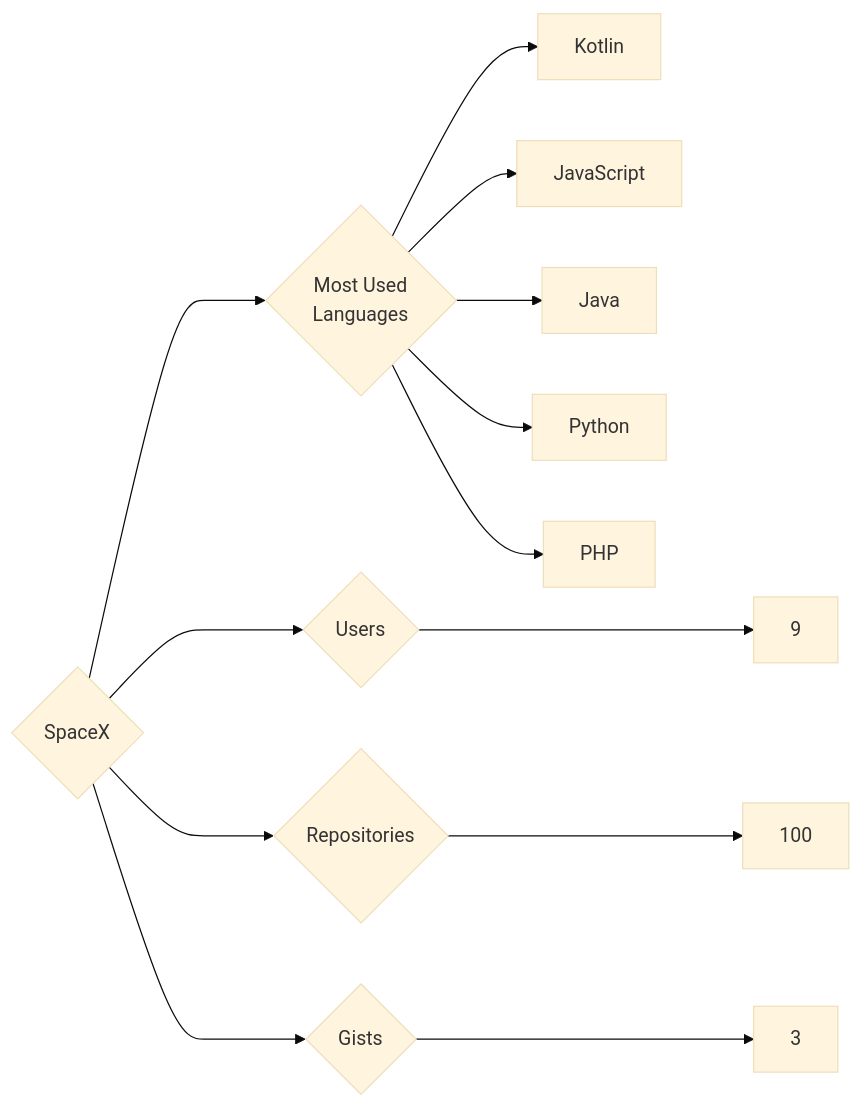
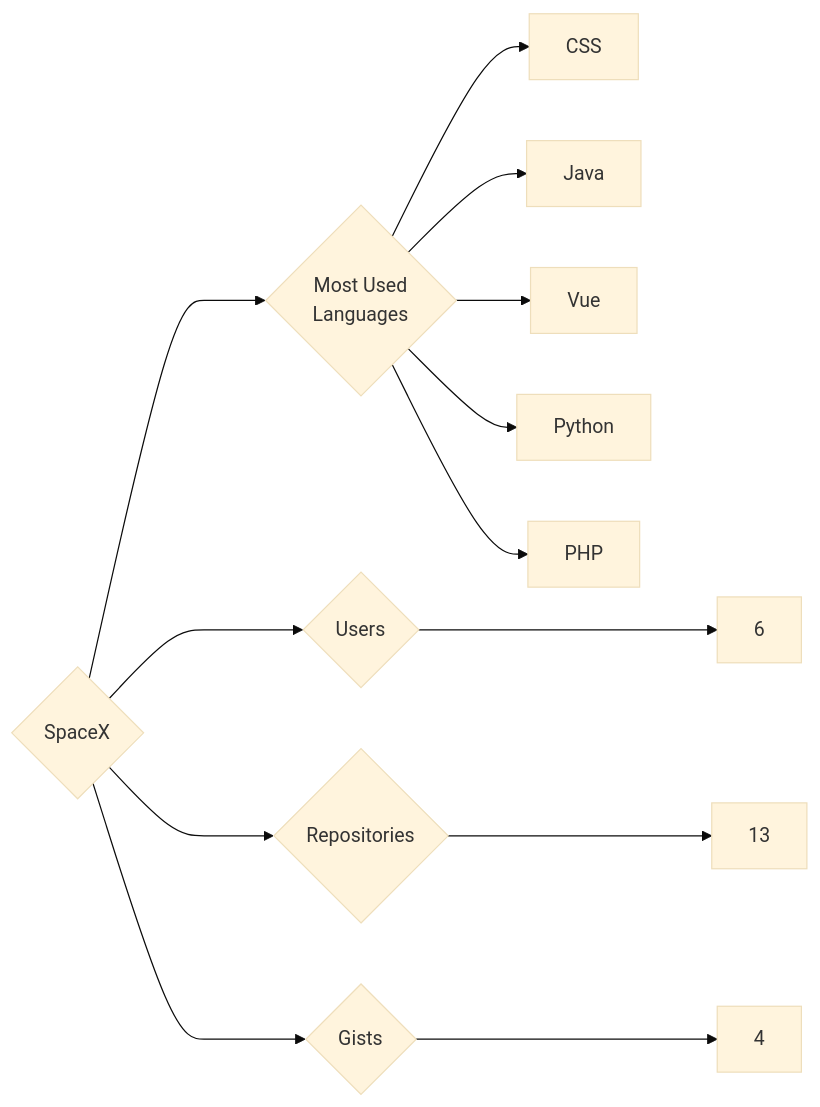
The diagram in targets/SpaceX/README.md (trickest/insiders), drawn with Mermaid (base theme) before and after one commit. The commit also changed 1496 other files, not shown here.

````diff
--- a/targets/SpaceX/README.md
+++ b/targets/SpaceX/README.md
@@ -3,13 +3,13 @@
 ```mermaid
 graph LR
 COMPANY_NAME{SpaceX}
-COMPANY_NAME ---> U{Users} ---> UN[9]
-COMPANY_NAME ---> R{Repositories} ---> RN[100]
-COMPANY_NAME ---> G{Gists} ---> GN[3]
+COMPANY_NAME ---> U{Users} ---> UN[6]
+COMPANY_NAME ---> R{Repositories} ---> RN[13]
+COMPANY_NAME ---> G{Gists} ---> GN[4]
 COMPANY_NAME ---> ML{Most Used<br>Languages}
-ML --> Kotlin[Kotlin]
-ML --> JavaScript[JavaScript]
+ML --> CSS[CSS]
 ML --> Java[Java]
+ML --> Vue[Vue]
 ML --> Python[Python]
 ML --> PHP[PHP]
 ```
````
